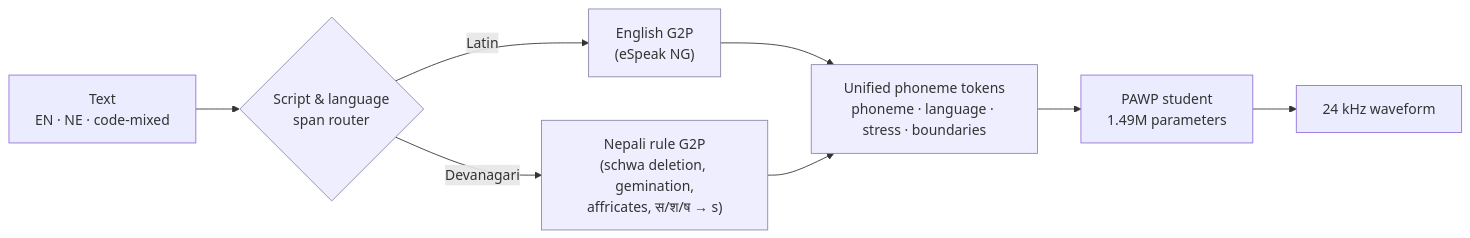
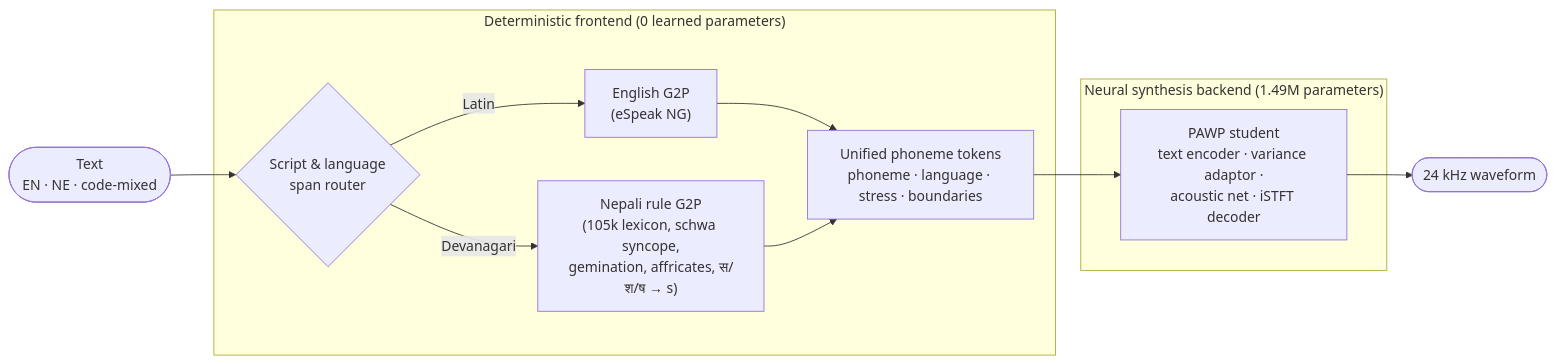
One commit to Firojpaudel/PAWP_TTS changed the first of 2 diagrams in README.md. Above: the diagram before and after it, drawn with Mermaid. The commit also changed other lines of this file, not shown here.

Commit message:
docs(readme): fix mermaid dark-mode styling with clean subgraphs

````diff
--- a/README.md
+++ b/README.md
@@ -55,12 +55,22 @@
 ```mermaid
 flowchart LR
-    T["Text<br/>EN · NE · code-mixed"] --> R{"Script & language<br/>span router"}
-    R -->|Latin| EN["English G2P<br/>(eSpeak NG)"]
-    R -->|Devanagari| NE["Nepali rule G2P<br/>(schwa deletion, gemination,<br/>affricates, स/श/ष → s)"]
-    EN --> U["Unified phoneme tokens<br/>phoneme · language · stress · boundaries"]
-    NE --> U
-    U --> M["PAWP student<br/>1.49M parameters"]
-    M --> W["24 kHz waveform"]
-    classDef det fill:#eef,stroke:#88a;
-    class R,EN,NE,U det;
+    T(["Text<br/>EN · NE · code-mixed"])
+
+    subgraph FRONTEND ["Deterministic frontend (0 learned parameters)"]
+        R{"Script & language<br/>span router"}
+        R -->|Latin| EN["English G2P<br/>(eSpeak NG)"]
+        R -->|Devanagari| NE["Nepali rule G2P<br/>(105k lexicon, schwa syncope,<br/>gemination, affricates, स/श/ष → s)"]
+        EN --> U["Unified phoneme tokens<br/>phoneme · language · stress · boundaries"]
+        NE --> U
+    end
+
+    subgraph BACKEND ["Neural synthesis backend (1.49M parameters)"]
+        M["PAWP student<br/>text encoder · variance adaptor ·<br/>acoustic net · iSTFT decoder"]
+    end
+
+    W(["24 kHz waveform"])
+
+    T --> R
+    U --> M
+    M --> W
 ```
````
